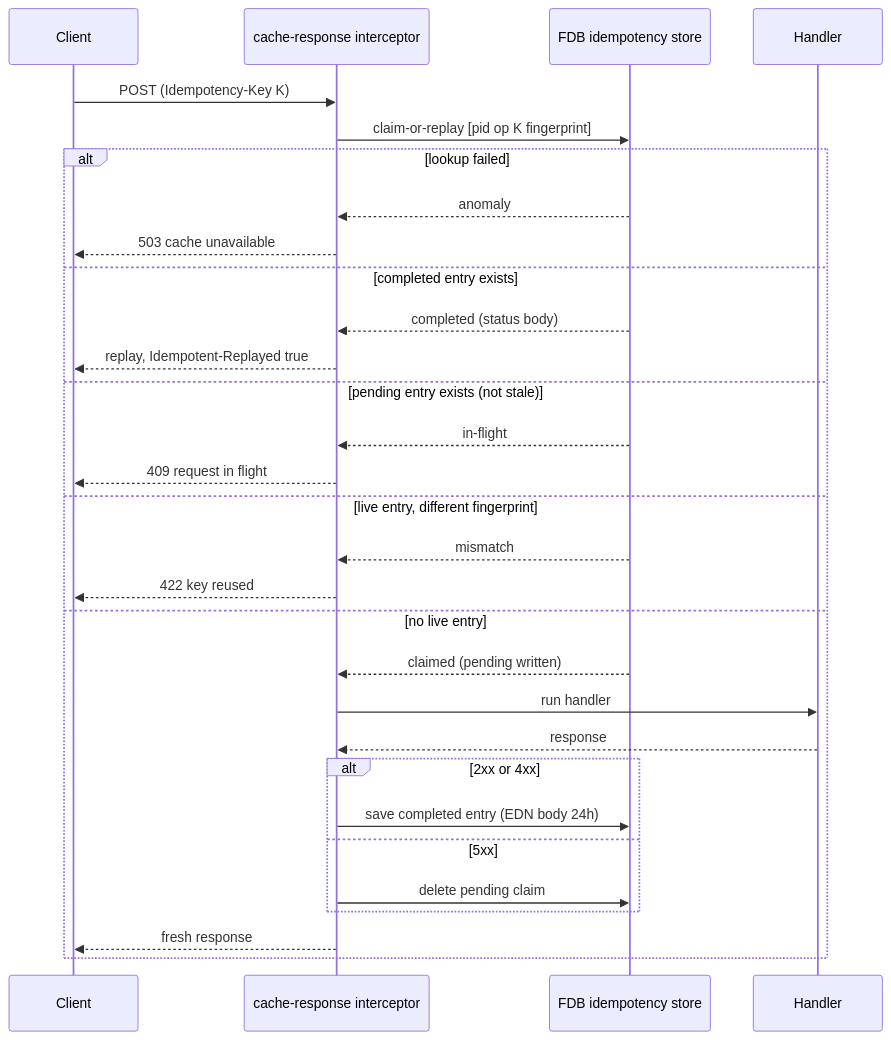
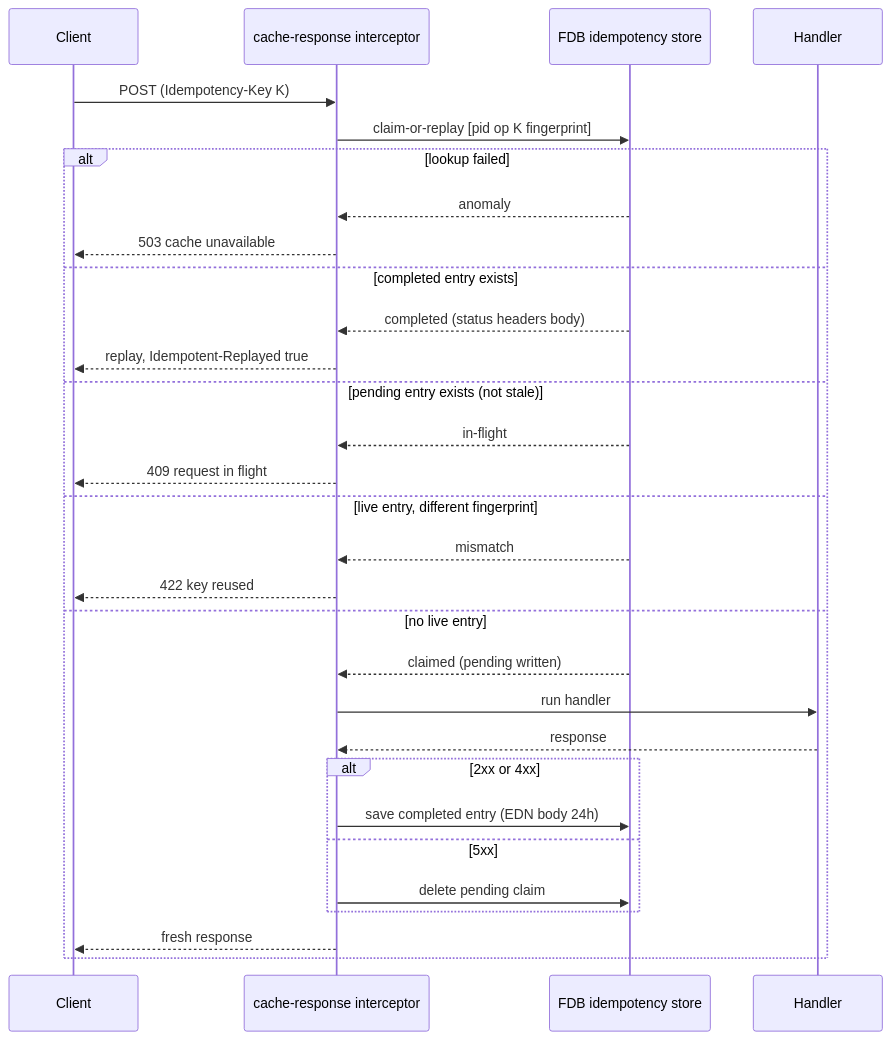
Before and after one commit to repldriven/queenswood: the diagram in docs/tdd/idempotency.md, drawn with Mermaid. The commit also changed other lines of this file and 162 other files, not shown here.

````diff
--- a/docs/tdd/idempotency.md
+++ b/docs/tdd/idempotency.md
@@ -201,33 +201,33 @@
 ```mermaid
 sequenceDiagram
     participant C as Client
     participant I as cache-response interceptor
     participant F as FDB idempotency store
     participant H as Handler
 
     C->>I: POST (Idempotency-Key K)
     I->>F: claim-or-replay [pid op K fingerprint]
     alt lookup failed
         F-->>I: anomaly
         I-->>C: 503 cache unavailable
     else completed entry exists
-        F-->>I: completed (status body)
+        F-->>I: completed (status headers body)
         I-->>C: replay, Idempotent-Replayed true
     else pending entry exists (not stale)
         F-->>I: in-flight
         I-->>C: 409 request in flight
     else live entry, different fingerprint
         F-->>I: mismatch
         I-->>C: 422 key reused
     else no live entry
         F-->>I: claimed (pending written)
         I->>H: run handler
         H-->>I: response
         alt 2xx or 4xx
             I->>F: save completed entry (EDN body 24h)
         else 5xx
             I->>F: delete pending claim
         end
         I-->>C: fresh response
     end
 ```
````
